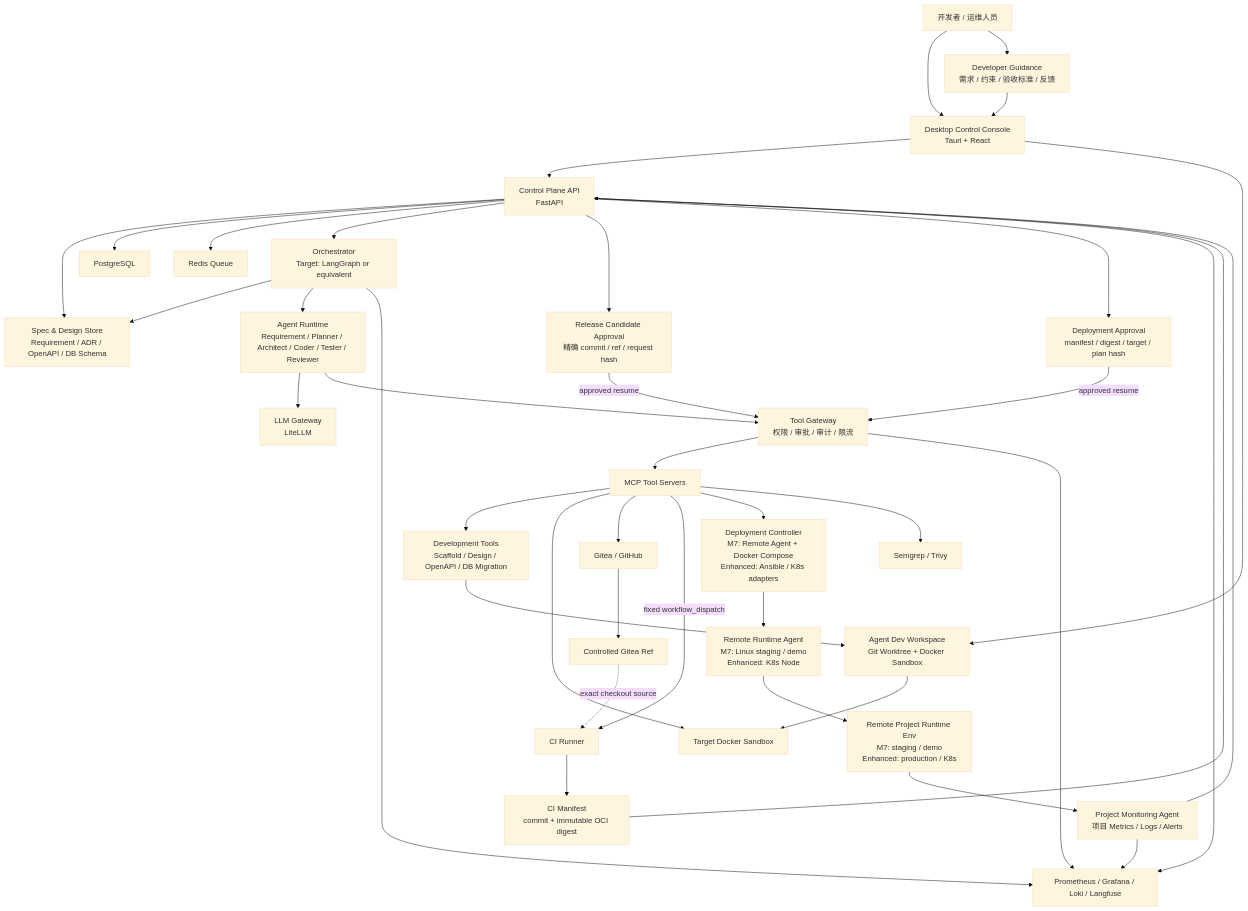
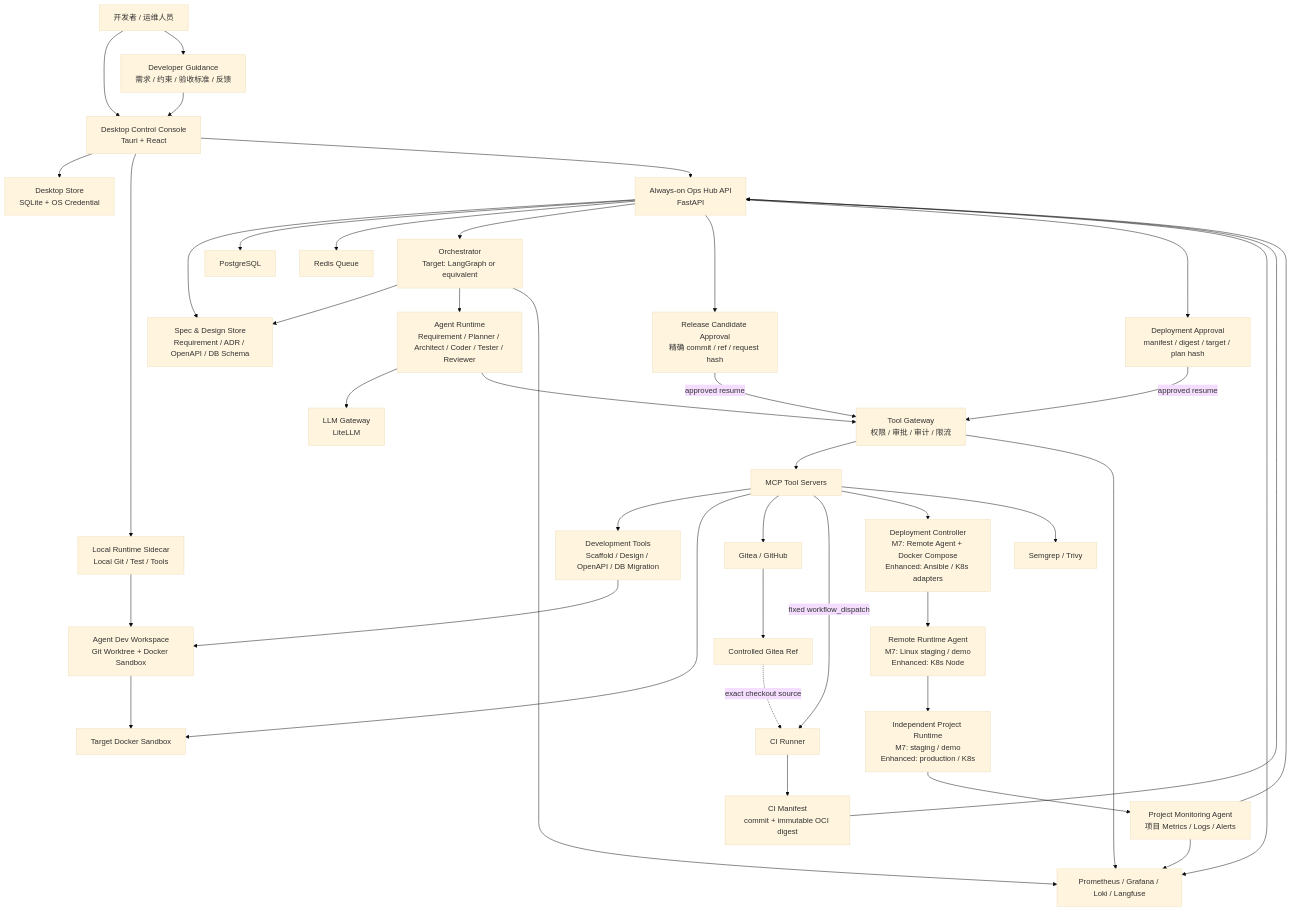
The third of 3 diagrams in docs/01-architecture/00-system-architecture.md (ChaceQC/CloudHelm), drawn with Mermaid (base theme) before and after one commit. The commit also changed other lines of this file and 74 other files, not shown here.

Commit message:
docs: 重构 Desktop Ops Hub 与用户权限规划

````diff
--- a/docs/01-architecture/00-system-architecture.md
+++ b/docs/01-architecture/00-system-architecture.md
@@ -77,69 +136,73 @@
 ```mermaid
 flowchart TB
     User["开发者 / 运维人员"]
     Console["Desktop Control Console\nTauri + React"]
+    DesktopDB["Desktop Store\nSQLite + OS Credential"]
+    LocalRuntime["Local Runtime Sidecar\nLocal Git / Test / Tools"]
     Guidance["Developer Guidance\n需求 / 约束 / 验收标准 / 反馈"]
     Spec["Spec & Design Store\nRequirement / ADR / OpenAPI / DB Schema"]
     LocalDev["Agent Dev Workspace\nGit Worktree + Docker Sandbox"]
-    API["Control Plane API\nFastAPI"]
+    API["Always-on Ops Hub API\nFastAPI"]
     Orchestrator["Orchestrator\nTarget: LangGraph or equivalent"]
     AgentRuntime["Agent Runtime\nRequirement / Planner / Architect / Coder / Tester / Reviewer"]
     LLM["LLM Gateway\nLiteLLM"]
     ToolGateway["Tool Gateway\n权限 / 审批 / 审计 / 限流"]
     MCP["MCP Tool Servers"]
     DevTools["Development Tools\nScaffold / Design / OpenAPI / DB Migration"]
     Sandbox["Target Docker Sandbox"]
     Git["Gitea / GitHub"]
     ReleaseApproval["Release Candidate Approval\n精确 commit / ref / request hash"]
     ControlledRef["Controlled Gitea Ref"]
     CI["CI Runner"]
     CIManifest["CI Manifest\ncommit + immutable OCI digest"]
     DeploymentApproval["Deployment Approval\nmanifest / digest / target / plan hash"]
     Deploy["Deployment Controller\nM7: Remote Agent + Docker Compose\nEnhanced: Ansible / K8s adapters"]
     RemoteAgent["Remote Runtime Agent\nM7: Linux staging / demo\nEnhanced: K8s Node"]
-    RemoteEnv["Remote Project Runtime Env\nM7: staging / demo\nEnhanced: production / K8s"]
+    RemoteEnv["Independent Project Runtime\nM7: staging / demo\nEnhanced: production / K8s"]
     Monitor["Project Monitoring Agent\n项目 Metrics / Logs / Alerts"]
     Security["Semgrep / Trivy"]
     Obs["Prometheus / Grafana / Loki / Langfuse"]
     DB["PostgreSQL"]
     Redis["Redis Queue"]
 
     User --> Console
     User --> Guidance
     Guidance --> Console
+    Console --> DesktopDB
+    Console --> LocalRuntime
     Console --> API
-    Console --> LocalDev
+    LocalRuntime --> LocalDev
     API --> Spec
     API --> DB
     API --> Redis
     API --> Orchestrator
     API --> ReleaseApproval
     API --> DeploymentApproval
     Orchestrator --> Spec
     Orchestrator --> AgentRuntime
     AgentRuntime --> LLM
     AgentRuntime --> ToolGateway
     ToolGateway --> MCP
     MCP --> DevTools
     DevTools --> LocalDev
     LocalDev --> Sandbox
     MCP --> Sandbox
     MCP --> Git
     ReleaseApproval -->|"approved resume"| ToolGateway
     Git --> ControlledRef
     ControlledRef -.->|"exact checkout source"| CI
     MCP -->|"fixed workflow_dispatch"| CI
     CI --> CIManifest
     CIManifest --> API
     DeploymentApproval -->|"approved resume"| ToolGateway
     MCP --> Deploy
     Deploy --> RemoteAgent
     RemoteAgent --> RemoteEnv
     RemoteEnv --> Monitor
     Monitor --> Obs
     Monitor --> API
     MCP --> Security
     API --> Obs
     Orchestrator --> Obs
     ToolGateway --> Obs
 ```
````
